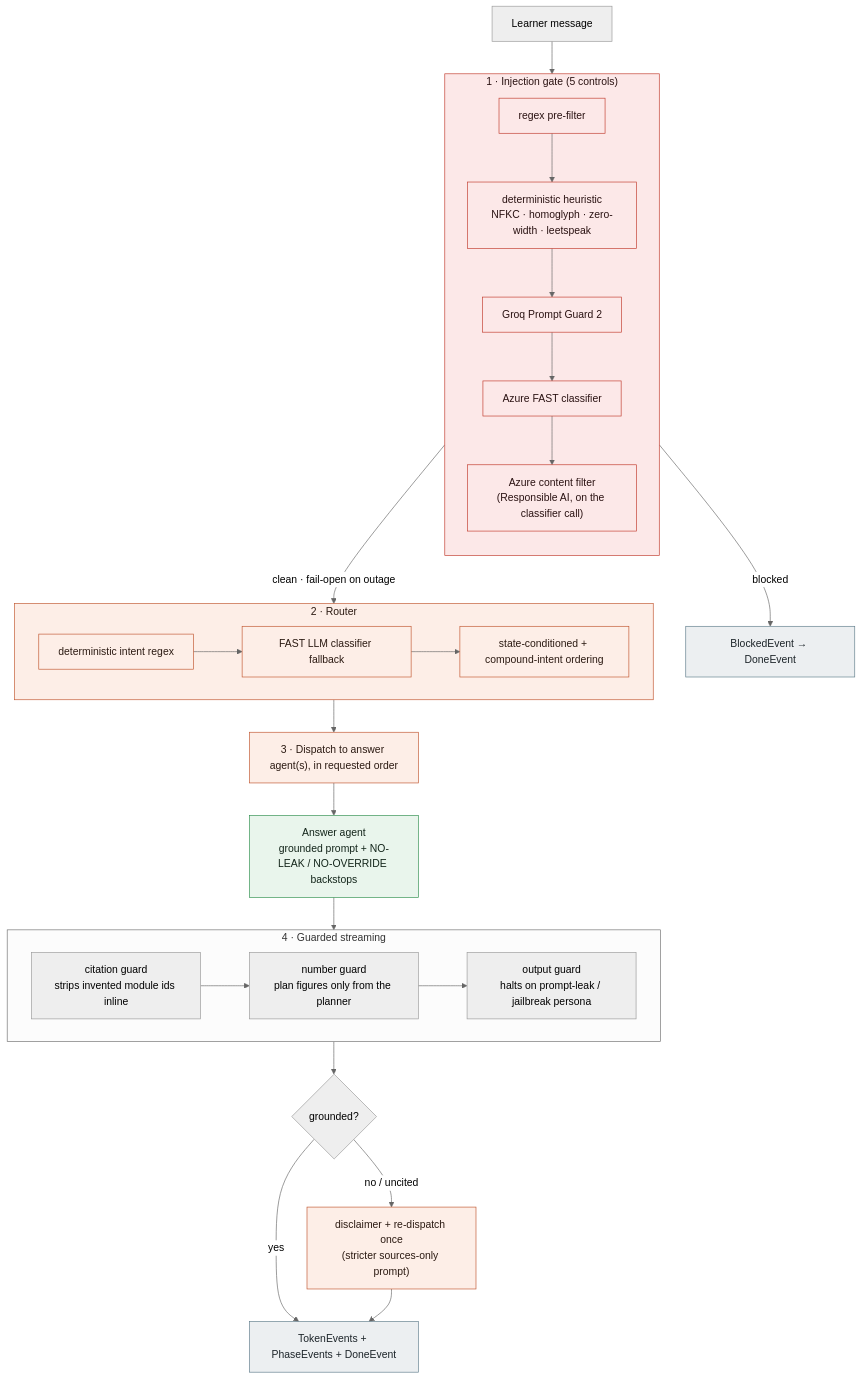
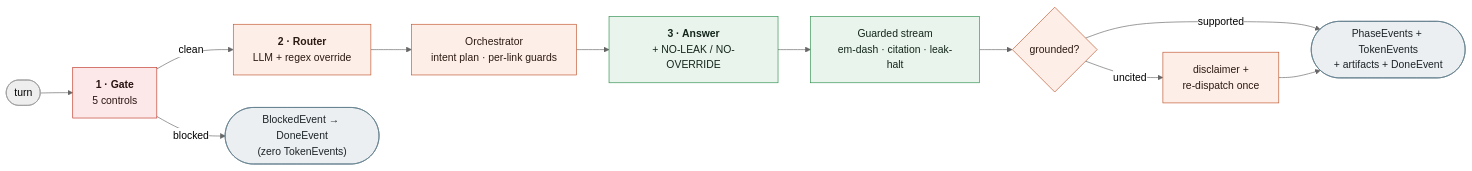
One commit to theCodeForgerHQ/msf-reasoning-agent changed the second of 10 diagrams in README.md. Above: the diagram before and after it, drawn with Mermaid (neutral theme). The commit also changed other lines of this file and 2 other files, not shown here.

````diff
--- a/README.md
+++ b/README.md
@@ -216,42 +162,18 @@
 ```mermaid
-flowchart TD
+flowchart LR
     classDef gate fill:#fce8e8,stroke:#c0392b,color:#2a1212
     classDef route fill:#fdeee7,stroke:#c0562f,color:#2b1a12
     classDef ans fill:#e9f5ec,stroke:#2f8f4e,color:#13251a
     classDef done fill:#eceff1,stroke:#607d8b,color:#1c2429
 
-    IN["Learner message"] --> GATE
-
-    subgraph GATE["1 · Injection gate (5 controls)"]
-        direction TB
-        RX["regex pre-filter"] --> HEU["deterministic heuristic<br/>NFKC · homoglyph · zero-width · leetspeak"]
-        HEU --> PG["Groq Prompt Guard 2"]
-        PG --> AZC["Azure FAST classifier"]
-        AZC --> RAI["Azure content filter<br/>(Responsible AI, on the classifier call)"]
-    end
-
-    GATE -->|blocked| BLK["BlockedEvent → DoneEvent"]:::done
-    GATE -->|"clean · fail-open on outage"| ROUTE
-
-    subgraph ROUTE["2 · Router"]
-        DET["deterministic intent regex"] --> LLMR["FAST LLM classifier fallback"]
-        LLMR --> STATE["state-conditioned + compound-intent ordering"]
-    end
-
-    ROUTE --> DISP["3 · Dispatch to answer agent(s), in requested order"]:::route
-    DISP --> ANS["Answer agent<br/>grounded prompt + NO-LEAK / NO-OVERRIDE backstops"]:::ans
-
-    subgraph STREAM["4 · Guarded streaming"]
-        CITE["citation guard<br/>strips invented module ids inline"] --> NUM["number guard<br/>plan figures only from the planner"]
-        NUM --> OUT["output guard<br/>halts on prompt-leak / jailbreak persona"]
-    end
-    ANS --> STREAM
-
-    STREAM --> VERIFY{"grounded?"}
-    VERIFY -->|"no / uncited"| REFLECT["disclaimer + re-dispatch once<br/>(stricter sources-only prompt)"]:::route
-    VERIFY -->|yes| FIN["TokenEvents + PhaseEvents + DoneEvent"]:::done
+    IN(["turn"]) --> GATE["<b>1 · Gate</b><br/>5 controls"]:::gate
+    GATE -->|clean| ROUTE["<b>2 · Router</b><br/>LLM + regex override"]:::route
+    ROUTE --> PLAN["Orchestrator<br/>intent plan · per-link guards"]:::route
+    PLAN --> ANS["<b>3 · Answer</b><br/>+ NO-LEAK / NO-OVERRIDE"]:::ans
+    ANS --> STREAM["Guarded stream<br/>em-dash · citation · leak-halt"]:::ans
+    STREAM --> VERIFY{"grounded?"}:::route
+    VERIFY -->|supported| FIN(["PhaseEvents + TokenEvents<br/>+ artifacts + DoneEvent"]):::done
+    VERIFY -->|uncited| REFLECT["disclaimer +<br/>re-dispatch once"]:::route
     REFLECT --> FIN
-
-    class GATE,RX,HEU,PG,AZC,RAI gate
-    class ROUTE,DET,LLMR,STATE route
+    GATE -->|blocked| BLK(["BlockedEvent → DoneEvent<br/>(zero TokenEvents)"]):::done
 ```
````
